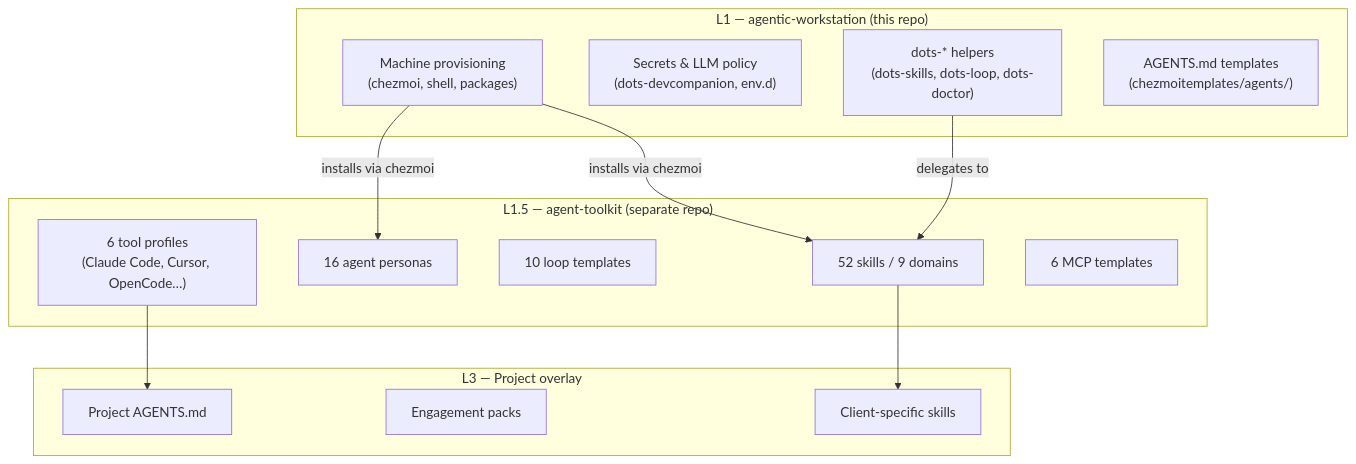
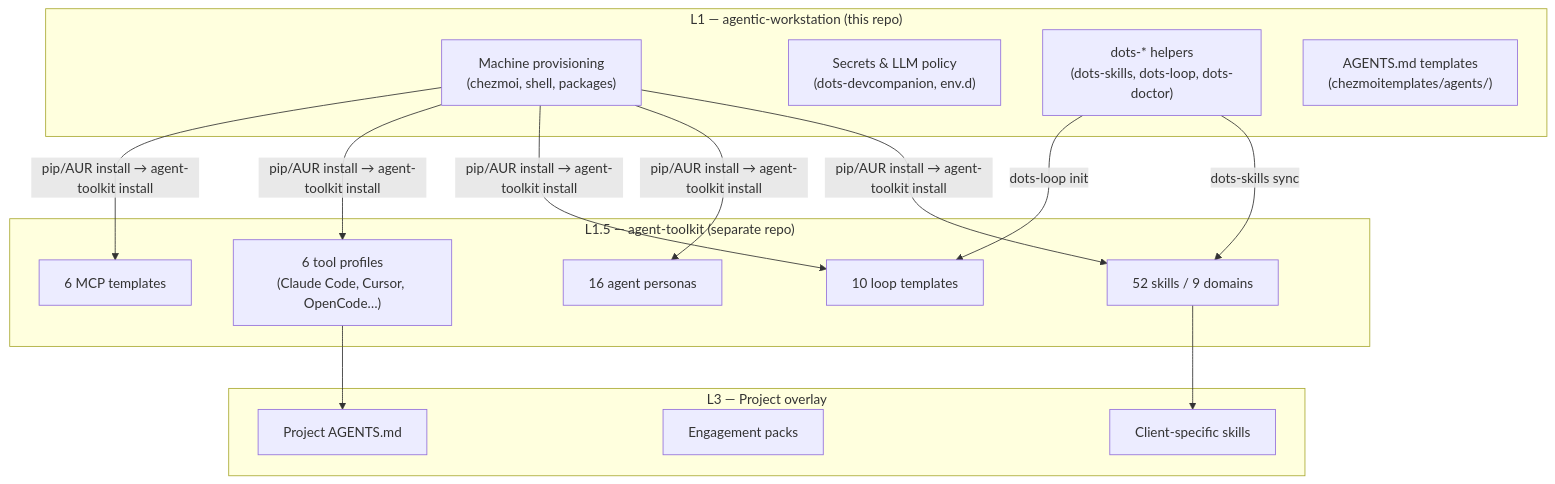
One commit to ulises-jeremias/agentic-workstation changed the second of 2 diagrams in docs/ARCHITECTURE.md. Above: the diagram before and after it, drawn with Mermaid. The commit also changed 24 other files, not shown here.

````diff
--- a/docs/ARCHITECTURE.md
+++ b/docs/ARCHITECTURE.md
@@ -65,29 +65,33 @@
 ```mermaid
 graph TD
     subgraph "L1 — agentic-workstation (this repo)"
         AW1["Machine provisioning<br/>(chezmoi, shell, packages)"]
         AW2["Secrets & LLM policy<br/>(dots-devcompanion, env.d)"]
         AW3["dots-* helpers<br/>(dots-skills, dots-loop, dots-doctor)"]
         AW4["AGENTS.md templates<br/>(chezmoitemplates/agents/)"]
     end
 
     subgraph "L1.5 — agent-toolkit (separate repo)"
         AT1["52 skills / 9 domains"]
         AT2["16 agent personas"]
         AT3["10 loop templates"]
         AT4["6 tool profiles<br/>(Claude Code, Cursor, OpenCode…)"]
         AT5["6 MCP templates"]
     end
 
     subgraph "L3 — Project overlay"
         PO1["Project AGENTS.md"]
         PO2["Engagement packs"]
         PO3["Client-specific skills"]
     end
 
-    AW1 -->|installs via chezmoi| AT1
-    AW1 -->|installs via chezmoi| AT2
-    AW3 -->|delegates to| AT1
+    AW1 -->|"pip/AUR install → agent-toolkit install"| AT1
+    AW1 -->|"pip/AUR install → agent-toolkit install"| AT2
+    AW1 -->|"pip/AUR install → agent-toolkit install"| AT3
+    AW1 -->|"pip/AUR install → agent-toolkit install"| AT4
+    AW1 -->|"pip/AUR install → agent-toolkit install"| AT5
+    AW3 -->|"dots-skills sync"| AT1
+    AW3 -->|"dots-loop init"| AT3
     AT1 --> PO3
     AT4 --> PO1
 ```
````
